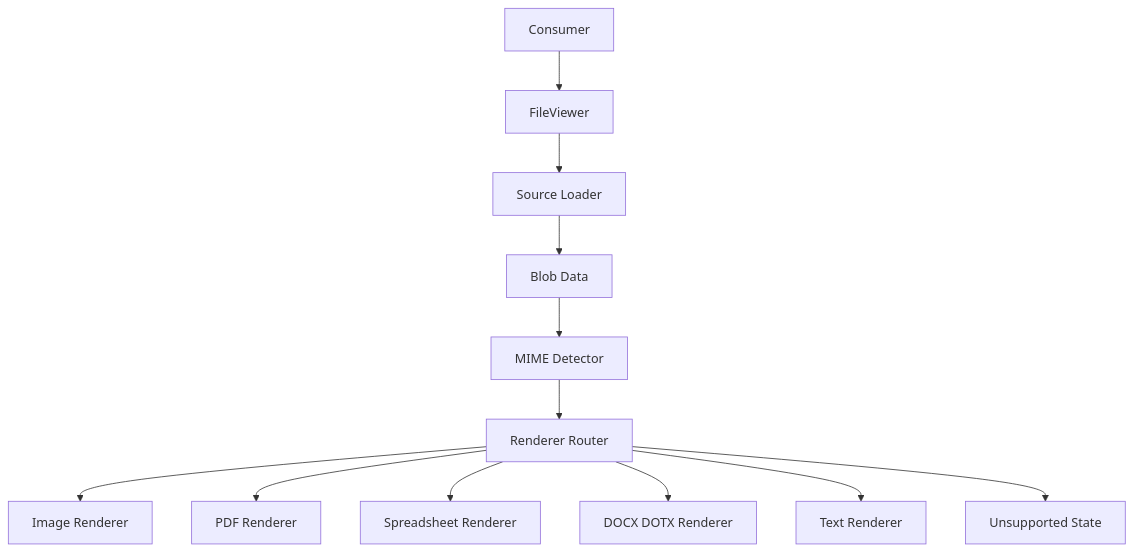
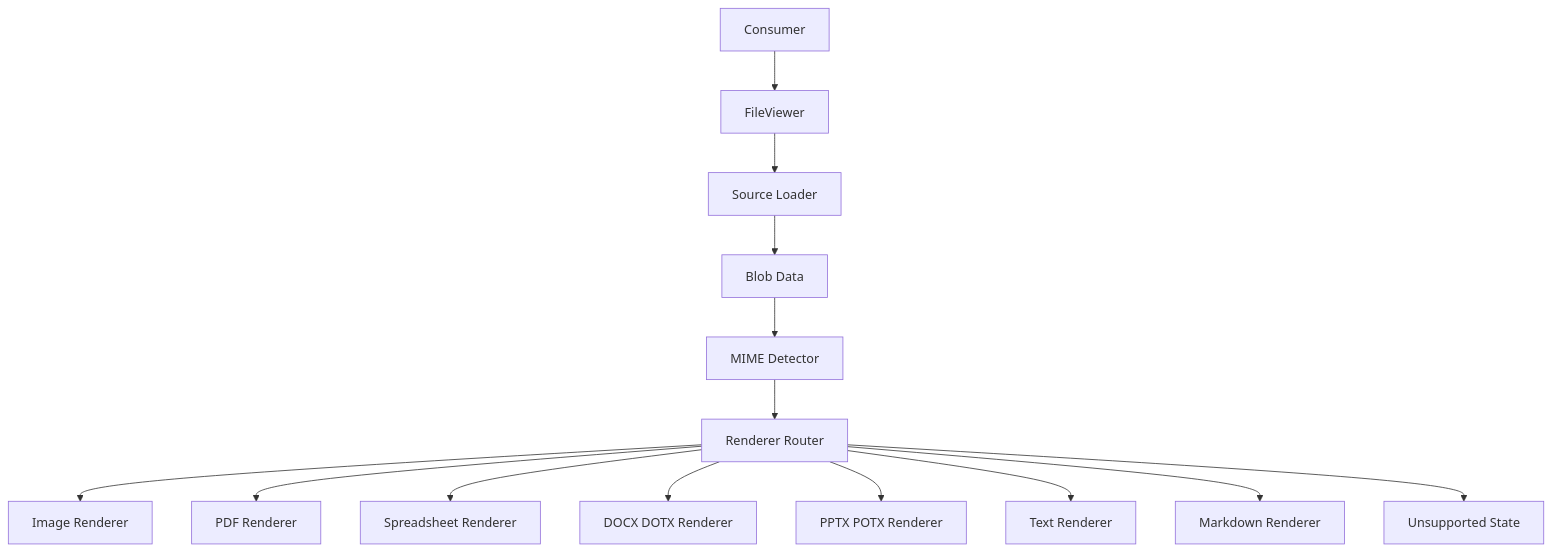
Before and after one commit to mithya-team/file-viewer: the first of 2 diagrams in docs/architecture.md, drawn with Mermaid. The commit also changed other lines of this file and 27 other files, not shown here.

First line of the commit message:
feat(file-viewer): add sanitized GFM markdown renderer

````diff
--- a/docs/architecture.md
+++ b/docs/architecture.md
@@ -58,14 +59,16 @@
 ```mermaid
 flowchart TD
   Consumer[Consumer] --> FileViewer[FileViewer]
   FileViewer --> SourceLoader[Source Loader]
   SourceLoader --> BlobData[Blob Data]
   BlobData --> MimeDetector[MIME Detector]
   MimeDetector --> Router[Renderer Router]
   Router --> ImageRenderer[Image Renderer]
   Router --> PdfRenderer[PDF Renderer]
   Router --> SpreadsheetRenderer[Spreadsheet Renderer]
   Router --> DocxRenderer[DOCX DOTX Renderer]
+  Router --> PptxRenderer[PPTX POTX Renderer]
   Router --> TextRenderer[Text Renderer]
+  Router --> MarkdownRenderer[Markdown Renderer]
   Router --> UnsupportedState[Unsupported State]
 ```
````
